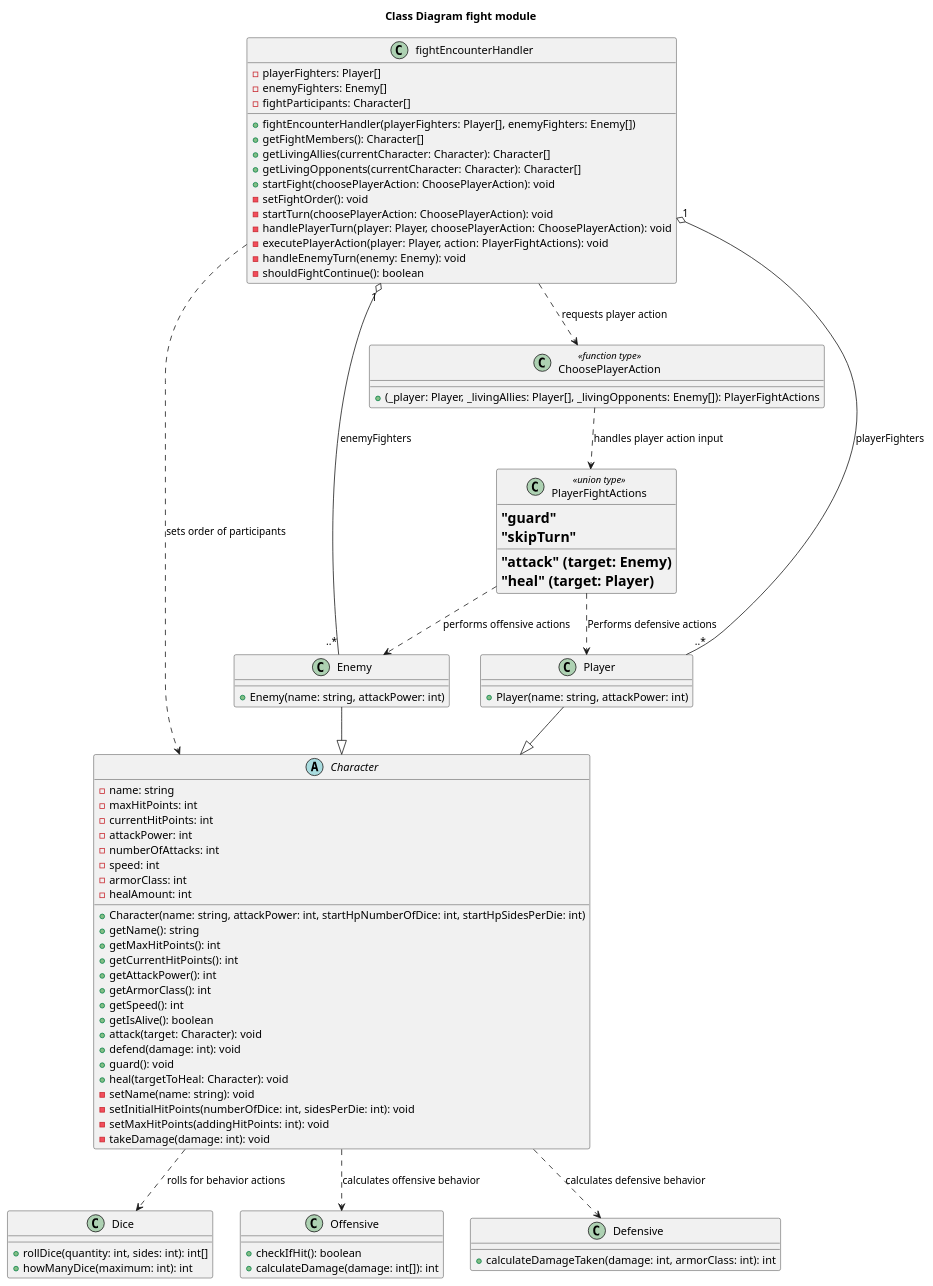
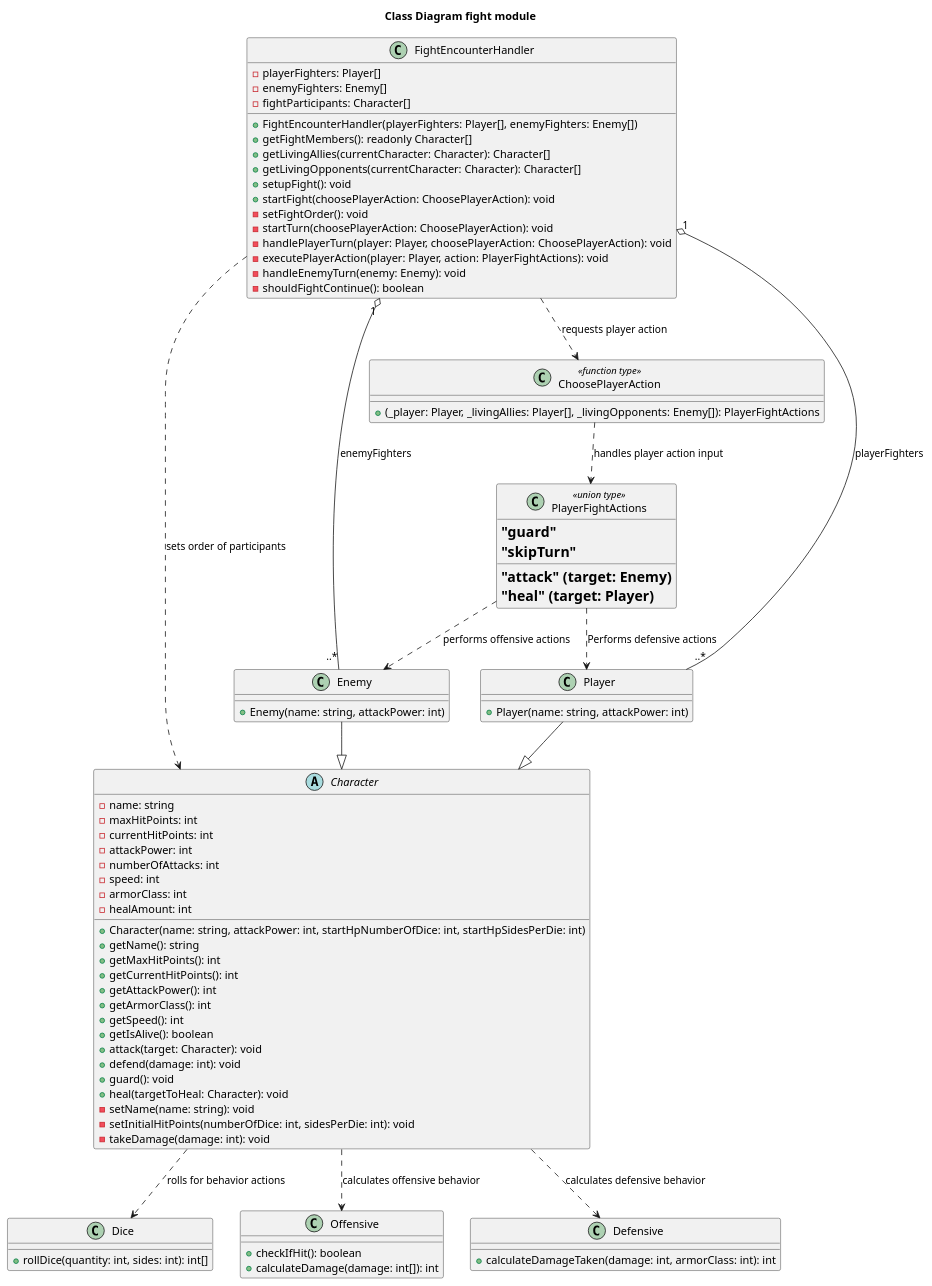
The diagram in diagrams/classDiagram.puml (MrNegnar/DnDModule), drawn with PlantUML before and after one commit. The commit also changed 2 other files, not shown here.

```diff
--- a/diagrams/classDiagram.puml
+++ b/diagrams/classDiagram.puml
@@ -1,94 +1,93 @@
 @startuml classDiagram
 Title Class Diagram fight module
 
 class Dice {
   +rollDice(quantity: int, sides: int): int[]
-  +howManyDice(maximum: int): int
 }
 
 class Offensive {
   +checkIfHit(): boolean
   +calculateDamage(damage: int[]): int
 }
 
 class Defensive {
   +calculateDamageTaken(damage: int, armorClass: int): int
 }
 
 abstract class Character {
   -name: string
   -maxHitPoints: int
   -currentHitPoints: int
   -attackPower: int
   -numberOfAttacks: int
   -speed: int
   -armorClass: int
   -healAmount: int
   +Character(name: string, attackPower: int, startHpNumberOfDice: int, startHpSidesPerDie: int)
   +getName(): string
   +getMaxHitPoints(): int
   +getCurrentHitPoints(): int
   +getAttackPower(): int
   +getArmorClass(): int
   +getSpeed(): int
   +getIsAlive(): boolean
   +attack(target: Character): void
   +defend(damage: int): void
   +guard(): void
   +heal(targetToHeal: Character): void
   -setName(name: string): void
   -setInitialHitPoints(numberOfDice: int, sidesPerDie: int): void
-  -setMaxHitPoints(addingHitPoints: int): void
   -takeDamage(damage: int): void
 }
 
 class Player {
   +Player(name: string, attackPower: int)
 }
 
 class Enemy {
   +Enemy(name: string, attackPower: int)
 }
 
 class PlayerFightActions <<union type>> {
   = "attack" (target: Enemy)
   = "guard"
   = "heal" (target: Player)
   = "skipTurn"
 }
 
 class ChoosePlayerAction <<function type>> {
   +(_player: Player, _livingAllies: Player[], _livingOpponents: Enemy[]): PlayerFightActions
 }
 
-class fightEncounterHandler {
+class FightEncounterHandler {
   -playerFighters: Player[]
   -enemyFighters: Enemy[]
   -fightParticipants: Character[]
-  +fightEncounterHandler(playerFighters: Player[], enemyFighters: Enemy[])
-  +getFightMembers(): Character[]
+  +FightEncounterHandler(playerFighters: Player[], enemyFighters: Enemy[])
+  +getFightMembers(): readonly Character[]
   +getLivingAllies(currentCharacter: Character): Character[]
   +getLivingOpponents(currentCharacter: Character): Character[]
+  +setupFight(): void
   +startFight(choosePlayerAction: ChoosePlayerAction): void
   -setFightOrder(): void
   -startTurn(choosePlayerAction: ChoosePlayerAction): void
   -handlePlayerTurn(player: Player, choosePlayerAction: ChoosePlayerAction): void
   -executePlayerAction(player: Player, action: PlayerFightActions): void
   -handleEnemyTurn(enemy: Enemy): void
   -shouldFightContinue(): boolean
 }
 
 Player --|> Character
 Enemy --|> Character
 Character ..> Dice : rolls for behavior actions
 Character ..> Offensive : calculates offensive behavior
 Character ..> Defensive : calculates defensive behavior
-fightEncounterHandler "1" o-- "..*" Player : playerFighters
-fightEncounterHandler "1" o-- "..*" Enemy : enemyFighters
-fightEncounterHandler ..> Character : sets order of participants
-fightEncounterHandler ..> ChoosePlayerAction : requests player action
+FightEncounterHandler "1" o-- "..*" Player : playerFighters
+FightEncounterHandler "1" o-- "..*" Enemy : enemyFighters
+FightEncounterHandler ..> Character : sets order of participants
+FightEncounterHandler ..> ChoosePlayerAction : requests player action
 ChoosePlayerAction ..> PlayerFightActions : handles player action input
 PlayerFightActions ..> Player : Performs defensive actions
 PlayerFightActions ..> Enemy : performs offensive actions
 
 @enduml
```
